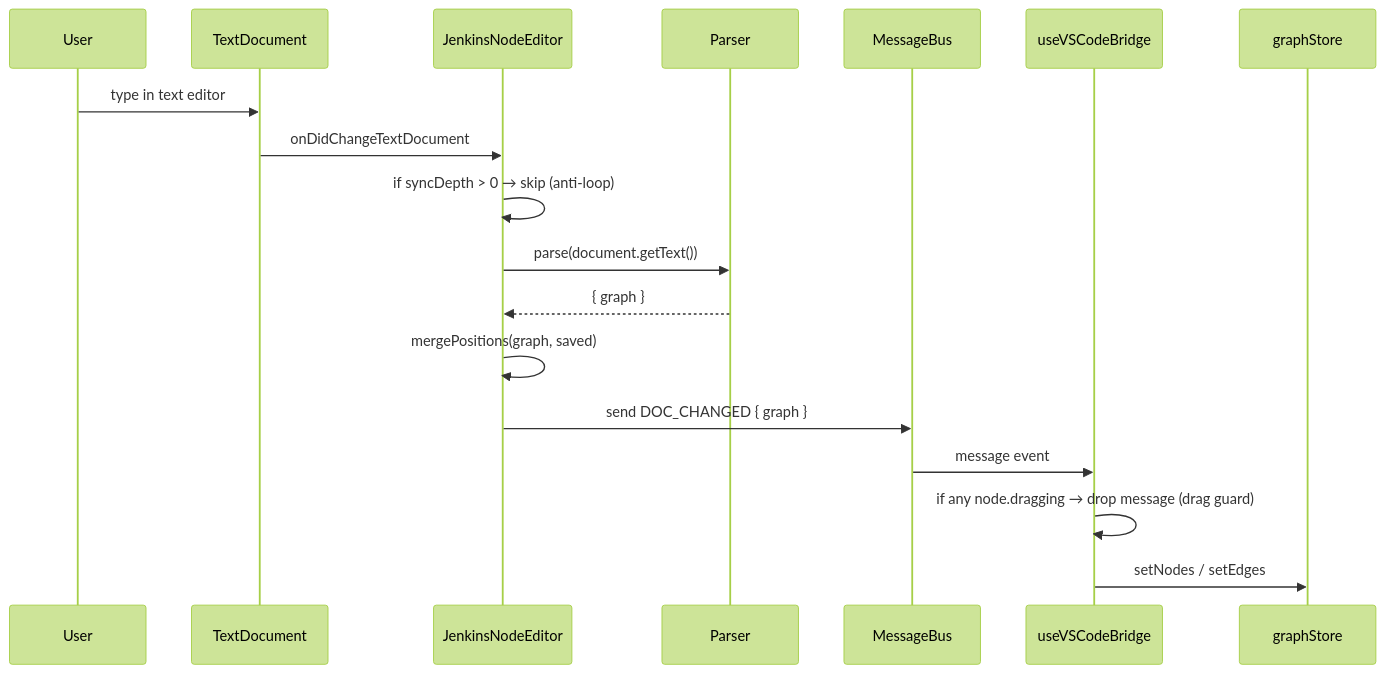
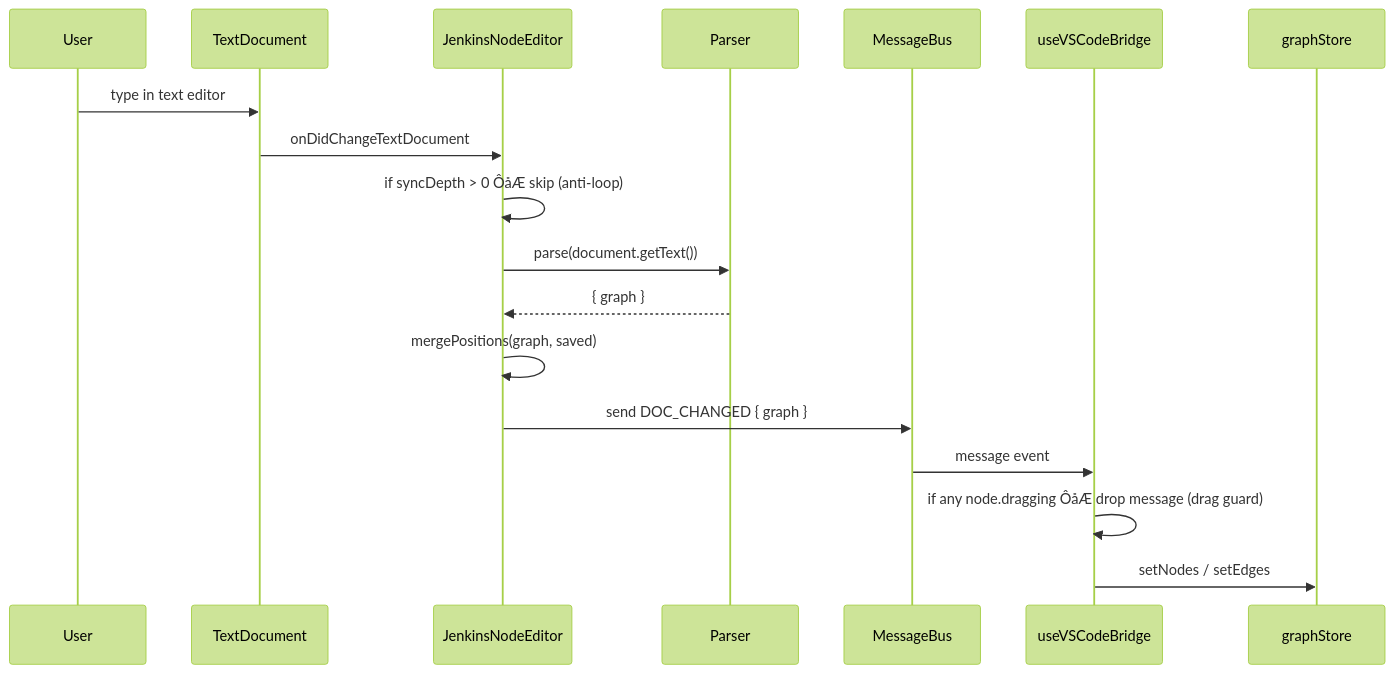
One commit to PlanesZwalker/vscode-jenkins-node-editor changed the fourth of 5 diagrams in README.md. Above: the diagram before and after it, drawn with Mermaid (forest theme). The commit also changed other lines of this file and 1 other file, not shown here.

````diff
--- a/README.md
+++ b/README.md
@@ -211,21 +211,21 @@
 ```mermaid
 sequenceDiagram
     participant User
     participant Doc as TextDocument
     participant JNE as JenkinsNodeEditor
     participant Parser
     participant Bus as MessageBus
     participant Bridge as useVSCodeBridge
     participant Store as graphStore
 
     User->>Doc: type in text editor
     Doc->>JNE: onDidChangeTextDocument
-    JNE->>JNE: if syncDepth > 0 → skip (anti-loop)
+    JNE->>JNE: if syncDepth > 0 ÔåÆ skip (anti-loop)
     JNE->>Parser: parse(document.getText())
     Parser-->>JNE: { graph }
     JNE->>JNE: mergePositions(graph, saved)
     JNE->>Bus: send DOC_CHANGED { graph }
     Bus->>Bridge: message event
-    Bridge->>Bridge: if any node.dragging → drop message (drag guard)
+    Bridge->>Bridge: if any node.dragging ÔåÆ drop message (drag guard)
     Bridge->>Store: setNodes / setEdges
 ```
````
